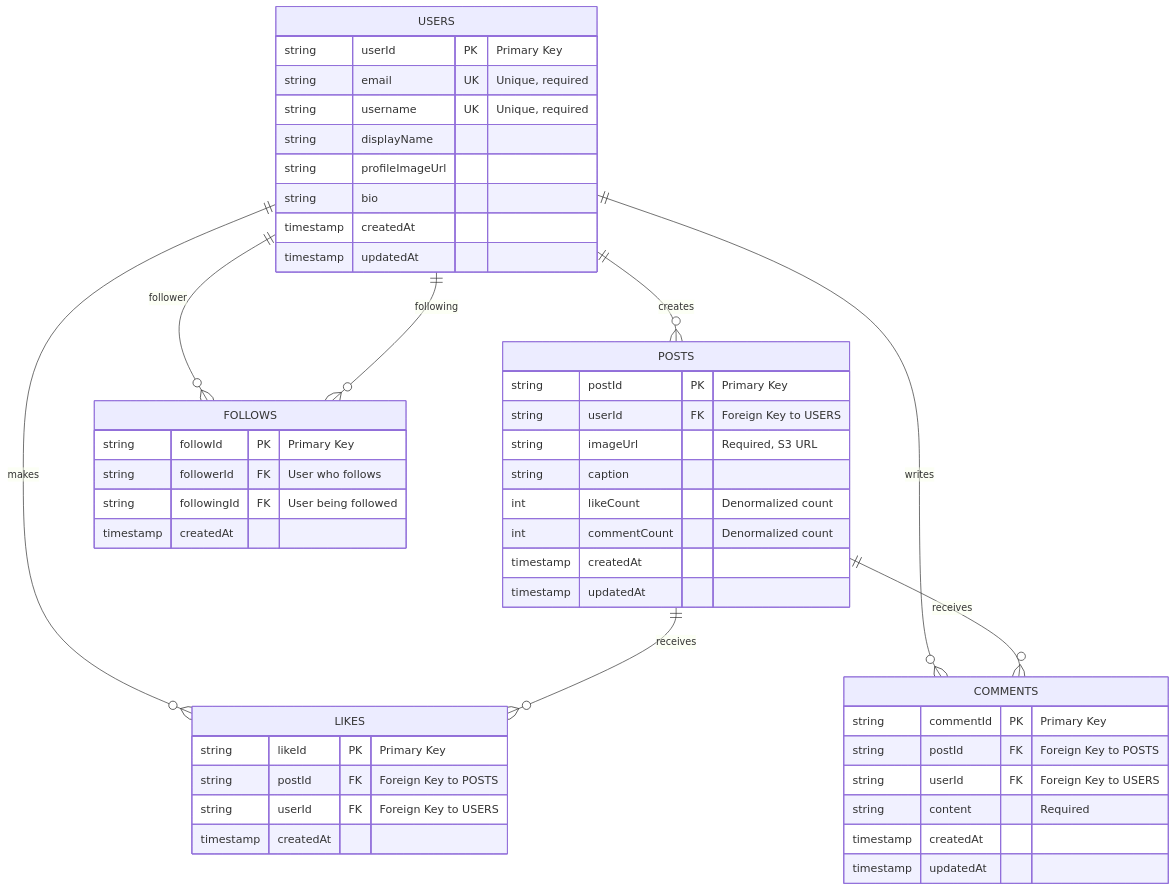
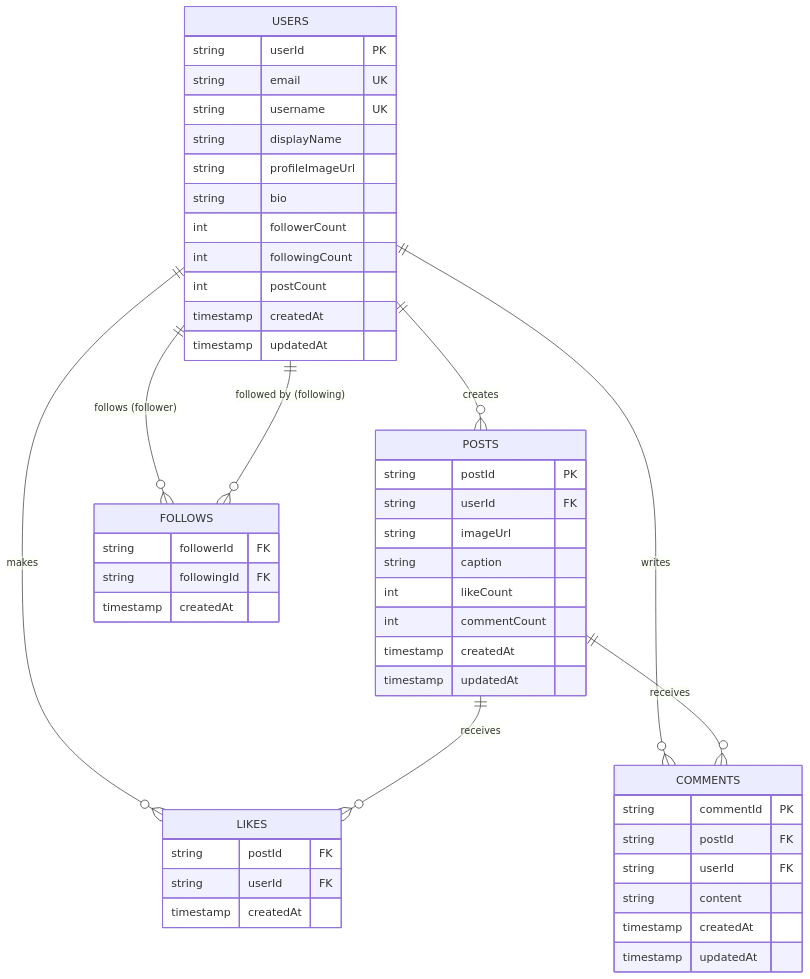
One commit to Gchahm/social-app changed the diagram in .docs/database-erd.md. Above: the diagram before and after it, drawn with Mermaid. The commit also changed other lines of this file and 1 other file, not shown here.

````diff
--- a/.docs/database-erd.md
+++ b/.docs/database-erd.md
@@ -5,55 +7,56 @@
 ```mermaid
 erDiagram
     USERS ||--o{ POSTS : creates
     USERS ||--o{ LIKES : makes
     USERS ||--o{ COMMENTS : writes
-    USERS ||--o{ FOLLOWS : follower
-    USERS ||--o{ FOLLOWS : following
+    USERS ||--o{ FOLLOWS : "follows (follower)"
+    USERS ||--o{ FOLLOWS : "followed by (following)"
     POSTS ||--o{ LIKES : receives
     POSTS ||--o{ COMMENTS : receives
 
     USERS {
-        string userId PK "Primary Key"
-        string email UK "Unique, required"
-        string username UK "Unique, required"
+        string userId PK
+        string email UK
+        string username UK
         string displayName
         string profileImageUrl
         string bio
+        int followerCount
+        int followingCount
+        int postCount
         timestamp createdAt
         timestamp updatedAt
     }
 
     POSTS {
-        string postId PK "Primary Key"
-        string userId FK "Foreign Key to USERS"
-        string imageUrl "Required, S3 URL"
+        string postId PK
+        string userId FK
+        string imageUrl
         string caption
-        int likeCount "Denormalized count"
-        int commentCount "Denormalized count"
+        int likeCount
+        int commentCount
         timestamp createdAt
         timestamp updatedAt
     }
 
     LIKES {
-        string likeId PK "Primary Key"
-        string postId FK "Foreign Key to POSTS"
-        string userId FK "Foreign Key to USERS"
+        string postId FK
+        string userId FK
         timestamp createdAt
     }
 
     COMMENTS {
-        string commentId PK "Primary Key"
-        string postId FK "Foreign Key to POSTS"
-        string userId FK "Foreign Key to USERS"
-        string content "Required"
+        string commentId PK
+        string postId FK
+        string userId FK
+        string content
         timestamp createdAt
         timestamp updatedAt
     }
 
     FOLLOWS {
-        string followId PK "Primary Key"
-        string followerId FK "User who follows"
-        string followingId FK "User being followed"
+        string followerId FK
+        string followingId FK
         timestamp createdAt
     }
 ```
````
